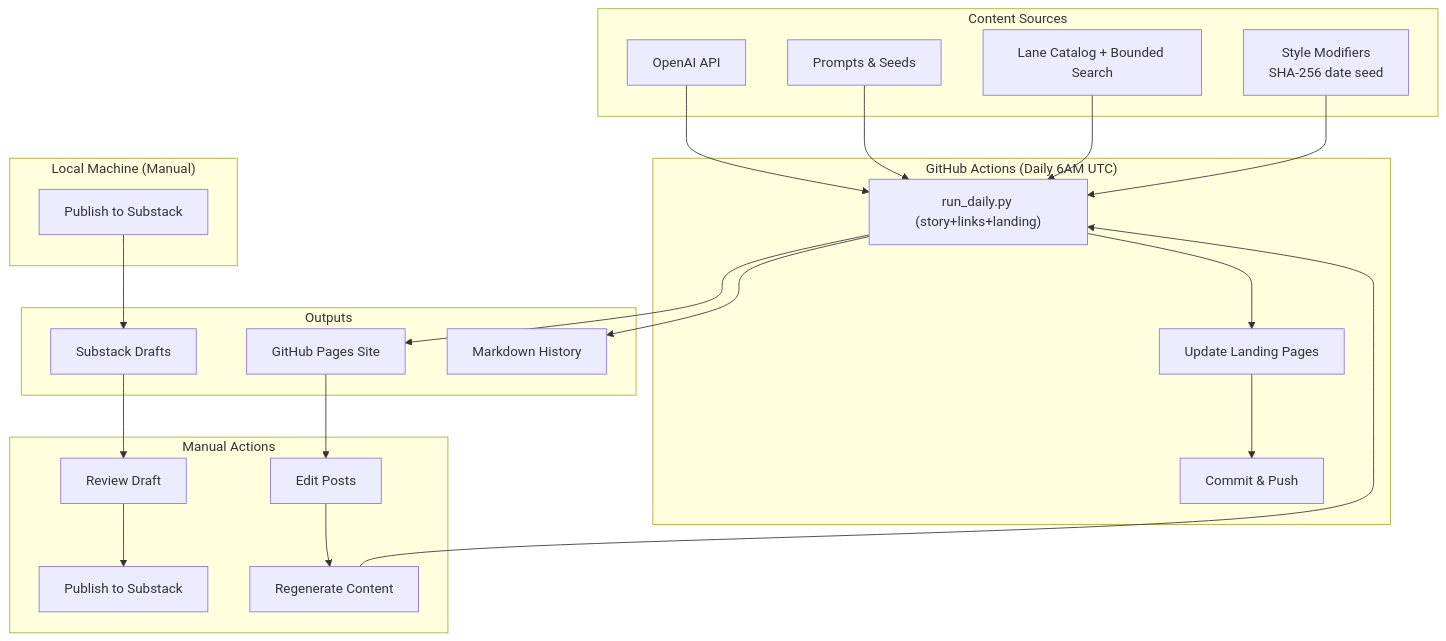
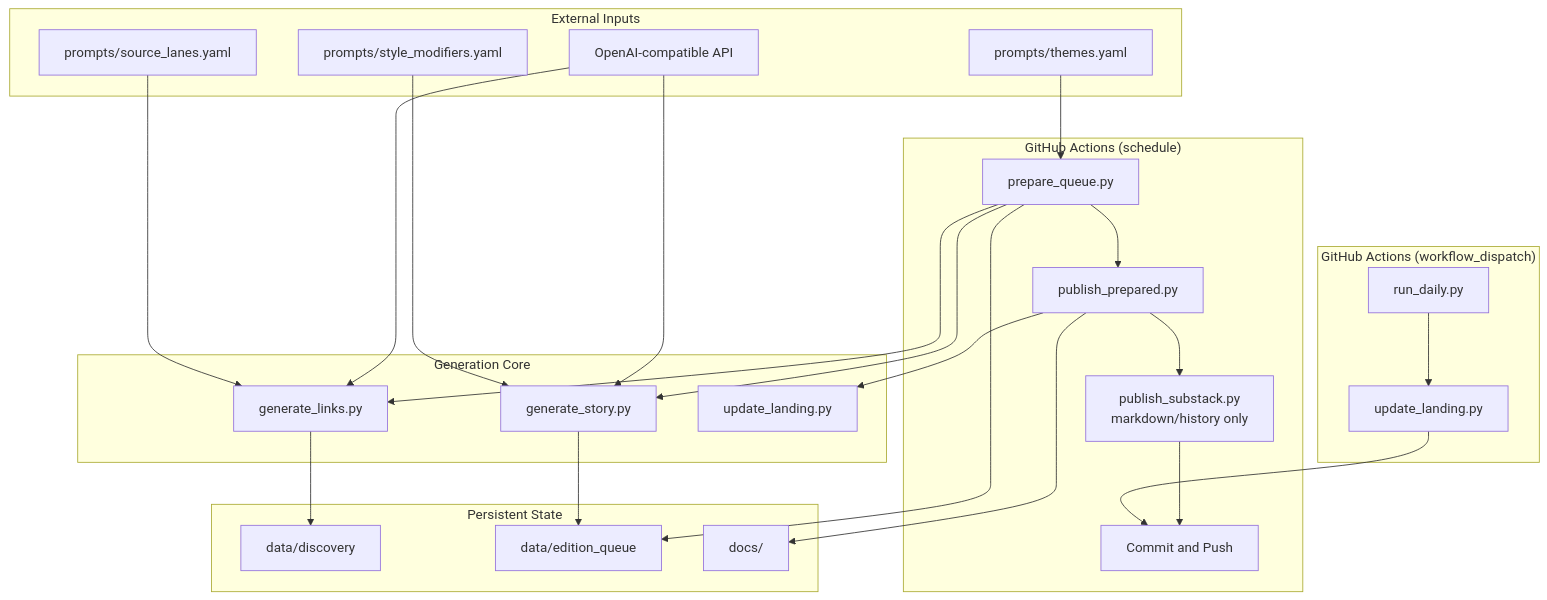
Before and after one commit to obscurebit/bits: the first of 5 diagrams in SYSTEM_DESIGN.md, drawn with Mermaid. The commit also changed other lines of this file and 2 other files, not shown here.

Commit message:
Refresh docs for queue-first publishing flow

````diff
--- a/SYSTEM_DESIGN.md
+++ b/SYSTEM_DESIGN.md
@@ -9,37 +16,45 @@
 ```mermaid
 graph TB
-    subgraph "GitHub Actions (Daily 6AM UTC)"
-        A["run_daily.py (story+links+landing)"] --> B[Update Landing Pages]
-        B --> C[Commit & Push]
+    subgraph "GitHub Actions (schedule)"
+        A[prepare_queue.py] --> B[publish_prepared.py]
+        B --> C[publish_substack.py<br/>markdown/history only]
+        C --> D[Commit and Push]
     end
-    
-    subgraph "Local Machine (Manual)"
-        D[Publish to Substack]
+
+    subgraph "GitHub Actions (workflow_dispatch)"
+        E[run_daily.py] --> F[update_landing.py]
+        F --> D
     end
-    
-    subgraph "Content Sources"
-        E[OpenAI API] --> A
-        F[Prompts & Seeds] --> A
-        W[Lane Catalog + Bounded Search] --> A
-        SM[Style Modifiers<br/>SHA-256 date seed] --> A
+
+    subgraph "Generation Core"
+        G[generate_links.py]
+        H[generate_story.py]
+        I[update_landing.py]
     end
-    
-    subgraph "Outputs"
-        G[GitHub Pages Site]
-        H[Substack Drafts]
-        I[Markdown History]
+
+    subgraph "Persistent State"
+        J[data/discovery]
+        K[data/edition_queue]
+        L[docs/]
     end
-    
+
+    subgraph "External Inputs"
+        M[OpenAI-compatible API]
+        N[prompts/themes.yaml]
+        O[prompts/source_lanes.yaml]
+        P[prompts/style_modifiers.yaml]
+    end
+
     A --> G
-    A --> I
-    D --> H
-    
-    subgraph "Manual Actions"
-        J[Review Draft] --> K[Publish to Substack]
-        L[Edit Posts] --> M[Regenerate Content]
-    end
-    
-    H --> J
-    G --> L
-    M --> A
+    A --> H
+    A --> K
+    B --> I
+    B --> L
+    G --> J
+    H --> K
+    M --> G
+    M --> H
+    N --> A
+    O --> G
+    P --> H
 ```
````
